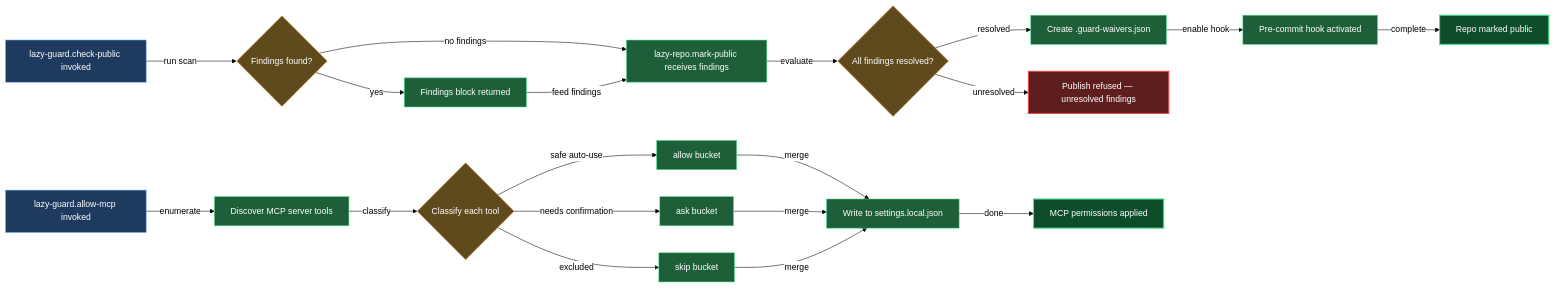
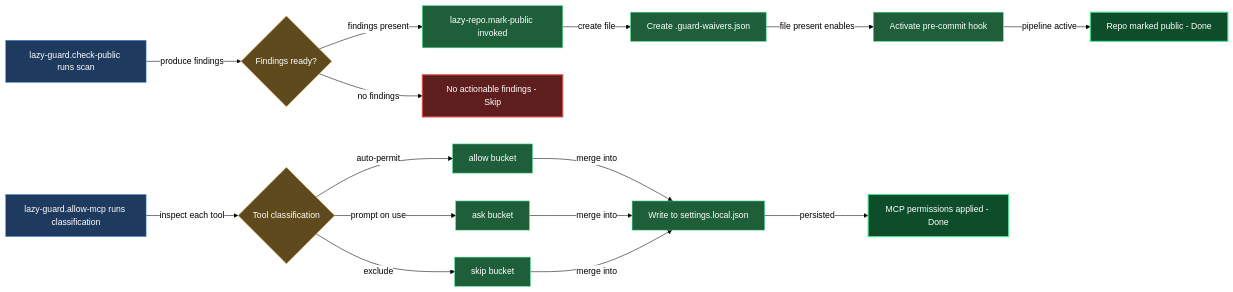
The diagram in claude/lazycortex-core/help/guardian.md (mebius-san/lazy-cortex), drawn with Mermaid before and after one commit. The commit also changed other lines of this file and 45 other files, not shown here.

````diff
--- a/claude/lazycortex-core/help/guardian.md
+++ b/claude/lazycortex-core/help/guardian.md
@@ -66,66 +66,56 @@
 ```mermaid
 %%{init: {'themeVariables':{'background':'transparent','lineColor':'#000','textColor':'#000','edgeLabelBackground':'#fff'},'themeCSS':'.edgeLabel{background-color:transparent!important}.edgeLabel p{background-color:transparent!important}','flowchart':{'diagramPadding':5,'useMaxWidth':true}}}%%
 flowchart LR
-  invokeCheckPublic[lazy-guard.check-public invoked]
-  scanRepo{Findings found?}
-  findingsBlock[Findings block returned]
-  invokeMarkPublic[lazy-repo.mark-public receives findings]
-  resolveFindings{All findings resolved?}
+  checkPublicRun[lazy-guard.check-public runs scan]
+  findingsReady{Findings ready?}
+  markPublicInvoked[lazy-repo.mark-public invoked]
   createWaivers[Create .guard-waivers.json]
-  activateHook[Pre-commit hook activated]
-  markPublicDone[Repo marked public]
-  refusePublish[Publish refused — unresolved findings]
+  activateHook[Activate pre-commit hook]
+  publishDone[Repo marked public - Done]
+  noFindings[No actionable findings - Skip]
 
-  invokeAllowMcp[lazy-guard.allow-mcp invoked]
-  discoverTools[Discover MCP server tools]
-  classifyTools{Classify each tool}
+  allowMcpRun[lazy-guard.allow-mcp runs classification]
+  classifyTools{Tool classification}
   allowBucket[allow bucket]
   askBucket[ask bucket]
   skipBucket[skip bucket]
   writeSettings[Write to settings.local.json]
-  allowMcpDone[MCP permissions applied]
+  settingsDone[MCP permissions applied - Done]
 
-  invokeCheckPublic -->|run scan| scanRepo
-  scanRepo -->|yes| findingsBlock
-  scanRepo -->|no findings| invokeMarkPublic
-  findingsBlock -->|feed findings| invokeMarkPublic
-  invokeMarkPublic -->|evaluate| resolveFindings
-  resolveFindings -->|resolved| createWaivers
-  resolveFindings -->|unresolved| refusePublish
-  createWaivers -->|enable hook| activateHook
-  activateHook -->|complete| markPublicDone
+  checkPublicRun -->|produce findings| findingsReady
+  findingsReady -->|findings present| markPublicInvoked
+  findingsReady -->|no findings| noFindings
+  markPublicInvoked -->|create file| createWaivers
+  createWaivers -->|file present enables| activateHook
+  activateHook -->|pipeline active| publishDone
 
-  invokeAllowMcp -->|enumerate| discoverTools
-  discoverTools -->|classify| classifyTools
-  classifyTools -->|safe auto-use| allowBucket
-  classifyTools -->|needs confirmation| askBucket
-  classifyTools -->|excluded| skipBucket
-  allowBucket -->|merge| writeSettings
-  askBucket -->|merge| writeSettings
-  skipBucket -->|merge| writeSettings
-  writeSettings -->|done| allowMcpDone
+  allowMcpRun -->|inspect each tool| classifyTools
+  classifyTools -->|auto-permit| allowBucket
+  classifyTools -->|prompt on use| askBucket
+  classifyTools -->|exclude| skipBucket
+  allowBucket -->|merge into| writeSettings
+  askBucket -->|merge into| writeSettings
+  skipBucket -->|merge into| writeSettings
+  writeSettings -->|persisted| settingsDone
 
   classDef entry fill:#1e3a5f,stroke:#4a90e2,color:#fff
   classDef guard fill:#5f4a1e,stroke:#e2a14a,color:#fff
   classDef action fill:#1e5f3a,stroke:#4ae290,color:#fff
   classDef success fill:#0d4d2a,stroke:#4ae290,color:#fff,stroke-width:2px
   classDef error fill:#5f1e1e,stroke:#e24a4a,color:#fff,stroke-width:2px
 
-  class invokeCheckPublic entry
-  class invokeAllowMcp entry
-  class scanRepo guard
-  class resolveFindings guard
+  class checkPublicRun entry
+  class allowMcpRun entry
+  class findingsReady guard
   class classifyTools guard
-  class findingsBlock action
-  class invokeMarkPublic action
+  class markPublicInvoked action
   class createWaivers action
   class activateHook action
-  class discoverTools action
   class allowBucket action
   class askBucket action
   class skipBucket action
   class writeSettings action
-  class markPublicDone success
-  class allowMcpDone success
-  class refusePublish error
+  class publishDone success
+  class settingsDone success
+  class noFindings error
 ```
````
